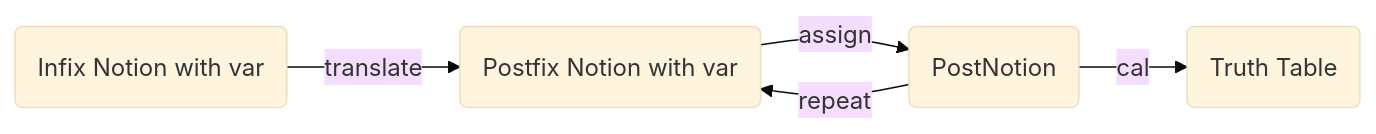
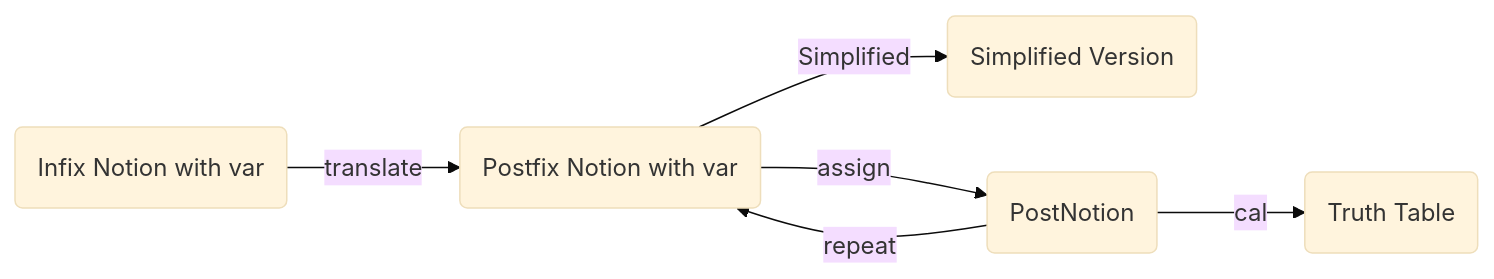
One commit to TangentOne/LogicCalculator changed the first of 4 diagrams in Interpretor.md. Above: the diagram before and after it, drawn with Mermaid (base theme). The commit also changed other lines of this file, not shown here.

````diff
--- a/Interpretor.md
+++ b/Interpretor.md
@@ -6,9 +6,10 @@
 ```mermaid
 graph LR
 in(Infix Notion with var)--translate-->pnv(Postfix Notion with var)
+pnv(Postfix Notion with var)--Simplified-->simpv(Simplified Version)
 pnv(Postfix Notion with var)--assign-->pn(Postfix Notion)
 pn(Postfix Notion)--repeat-->pnv
 pn(PostNotion)--cal-->tt(Truth Table)
 
 
 ```
````
